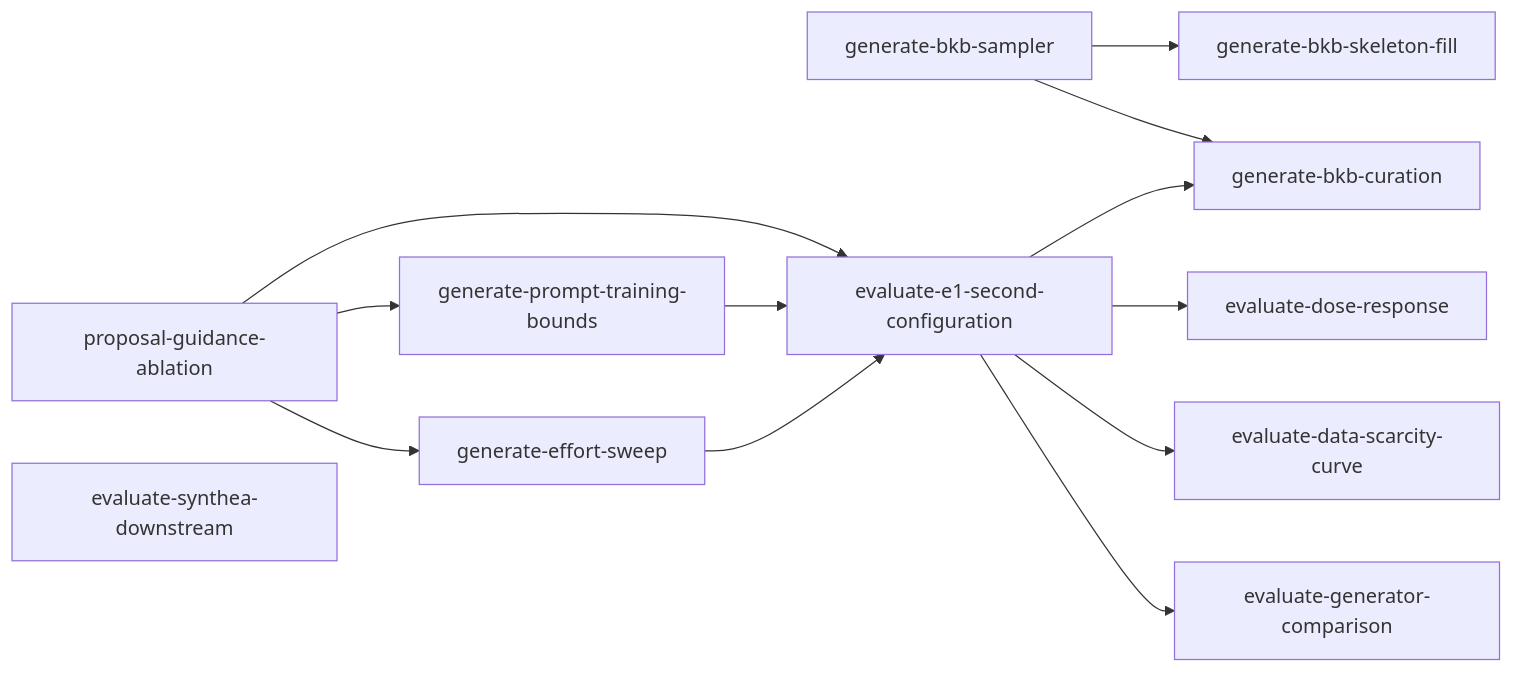
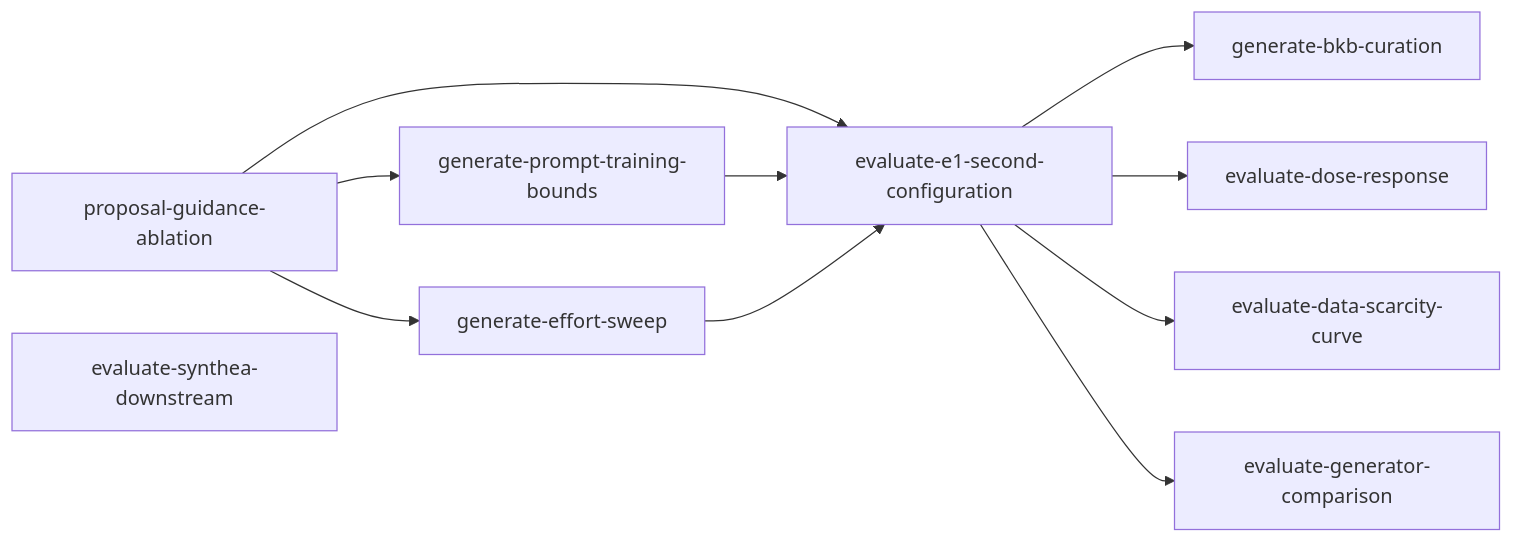
Before and after one commit to joe-dartmouth/synthetic: the diagram in tasks/experiments-index.md, drawn with Mermaid. The commit also changed other lines of this file and 4 other files, not shown here.

Commit message:
Land generate-bkb-sampler

````diff
--- a/tasks/experiments-index.md
+++ b/tasks/experiments-index.md
@@ -38,15 +37,13 @@
 ```mermaid
 flowchart LR
-    bkb_sampler[generate-bkb-sampler] --> skeleton_fill[generate-bkb-skeleton-fill]
-    bkb_sampler[generate-bkb-sampler] --> bkb_curation[generate-bkb-curation]
     e1_second[evaluate-e1-second-configuration] --> bkb_curation[generate-bkb-curation]
     guidance_ablation[proposal-guidance-ablation] --> e1_second[evaluate-e1-second-configuration]
     guidance_ablation[proposal-guidance-ablation] --> prompt_bounds[generate-prompt-training-bounds]
     guidance_ablation[proposal-guidance-ablation] --> effort_sweep[generate-effort-sweep]
     prompt_bounds[generate-prompt-training-bounds] --> e1_second[evaluate-e1-second-configuration]
     effort_sweep[generate-effort-sweep] --> e1_second[evaluate-e1-second-configuration]
     e1_second[evaluate-e1-second-configuration] --> dose_response[evaluate-dose-response]
     e1_second[evaluate-e1-second-configuration] --> scarcity_curve[evaluate-data-scarcity-curve]
     e1_second[evaluate-e1-second-configuration] --> generator_comparison[evaluate-generator-comparison]
     synthea_downstream[evaluate-synthea-downstream]
 ```
````
